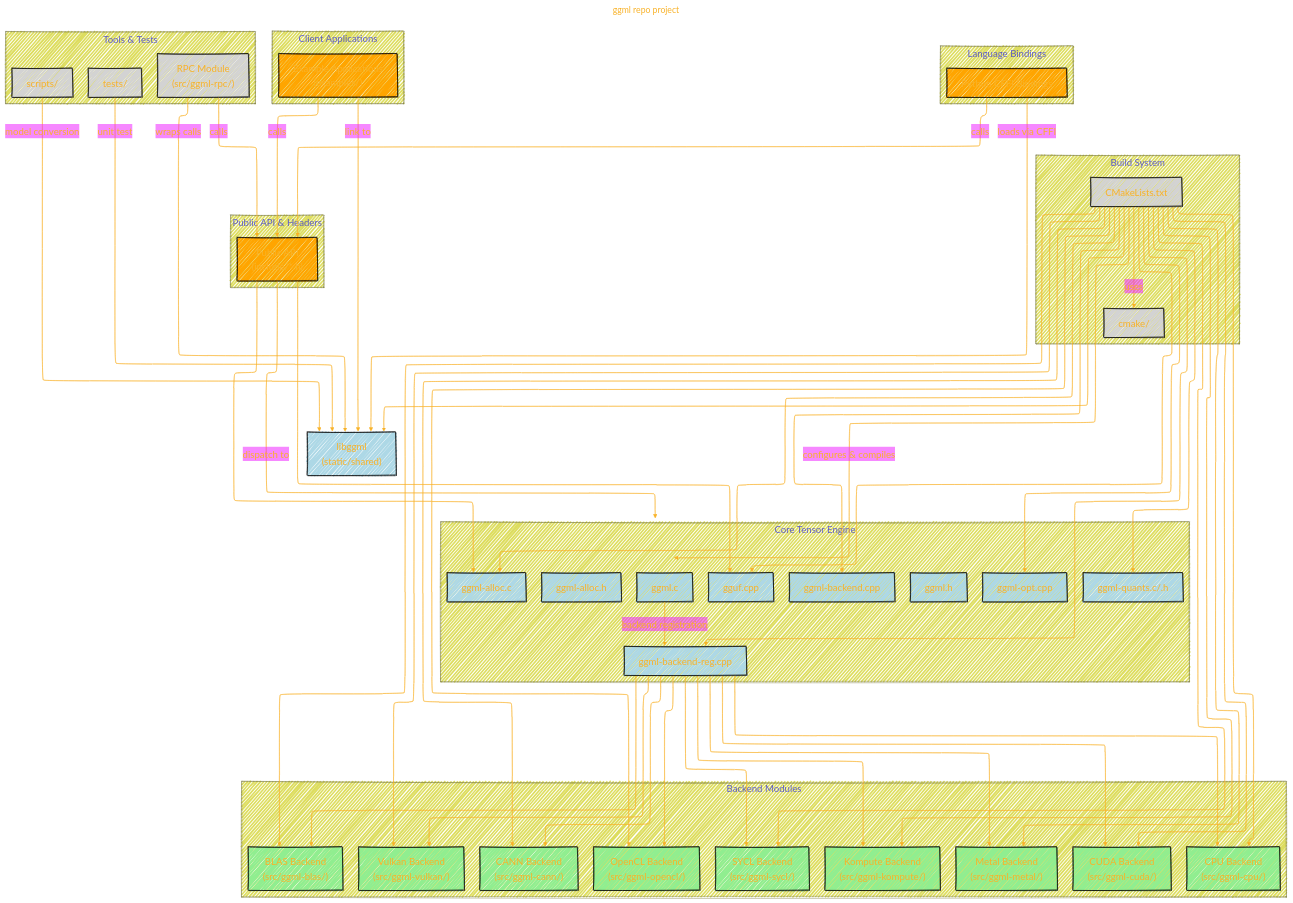
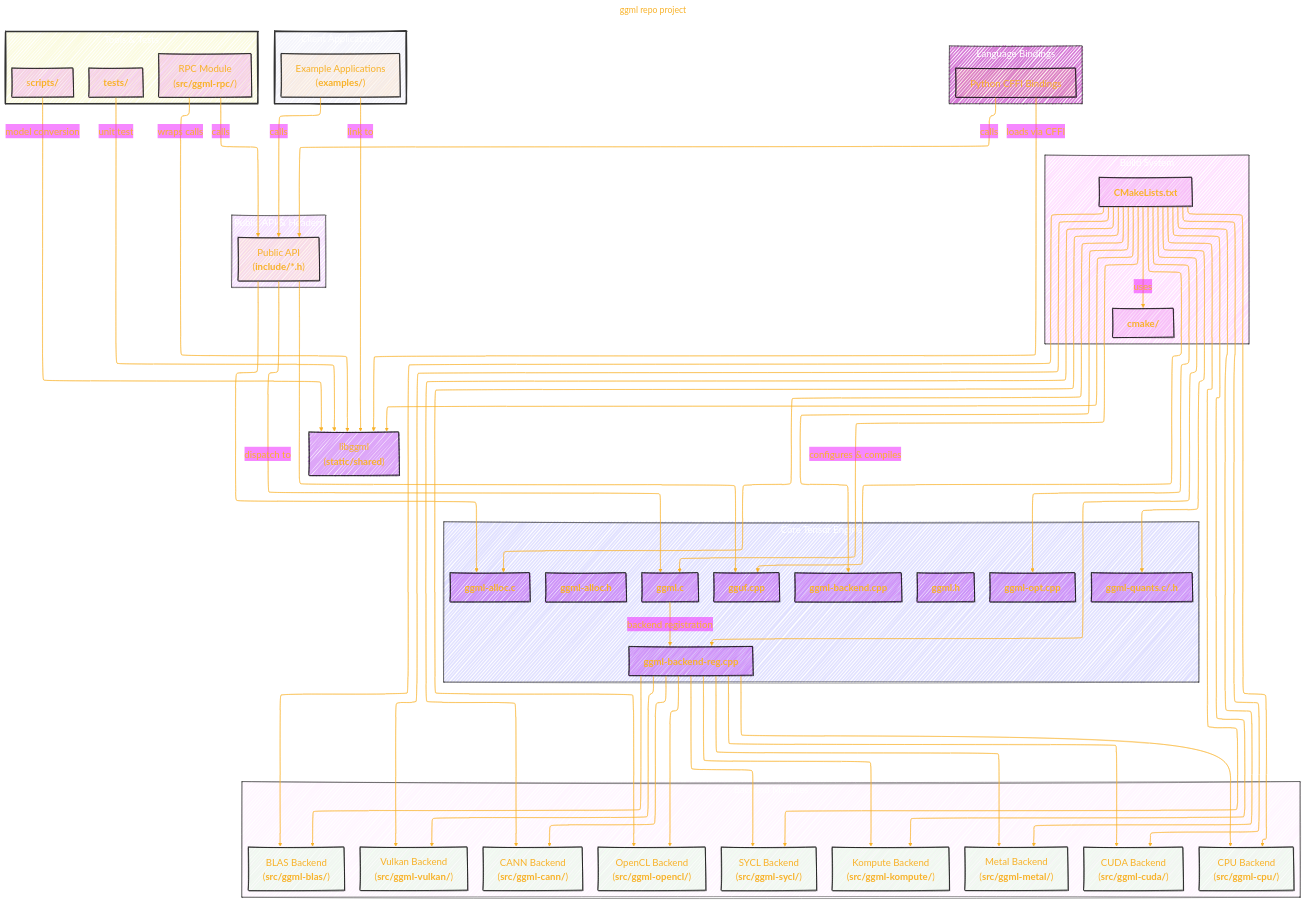
Before and after one commit to CongLeSolutionX/Synthetic-Zooniverse: the first of 2 diagrams in GGML_ORG/GitHub_repo_projects/ggml.md, drawn with Mermaid.

Commit message:
update notes

```diff
--- a/GGML_ORG/GitHub_repo_projects/ggml.md
+++ b/GGML_ORG/GitHub_repo_projects/ggml.md
@@ -76,62 +76,69 @@
 }%%
 flowchart TD
     %% Build-time flow
-    subgraph "Build System"
-        direction TB
-        CMakeLists["CMakeLists.txt"]:::tool
-        CMakeDir["cmake/"]:::tool
+    subgraph Build_System["Build System"]
+    style Build_System fill:#F2F2,stroke:#333,stroke-width:1px, color: #FFFF
+    direction TB
+      CMakeLists["<b>CMakeLists.txt</b>"]:::tool
+      CMakeDir["<b>cmake/</b>"]:::tool
     end
 
-    subgraph "Core Tensor Engine"
-        direction TB
-        GGML_C["ggml.c"]:::core
-        GGML_ALLOC["ggml-alloc.c"]:::core
-        GGML_BACKEND_CPP["ggml-backend.cpp"]:::core
-        GGML_REG["ggml-backend-reg.cpp"]:::core
-        GGML_OPT["ggml-opt.cpp"]:::core
-        GGML_QUANTS["ggml-quants.c/.h"]:::core
-        GGUF["gguf.cpp"]:::core
-        HDR_GGML["ggml.h"]:::core
-        HDR_ALLOC["ggml-alloc.h"]:::core
+    subgraph Core_Tensor_Engine["Core Tensor Engine"]
+    style Core_Tensor_Engine fill:#22F2,stroke:#333,stroke-width:1px, color: #FFFF
+    direction TB
+      GGML_C["<b>ggml.c</b>"]:::core
+      GGML_ALLOC["<b>ggml-alloc.c</b>"]:::core
+      GGML_BACKEND_CPP["<b>ggml-backend.cpp</b>"]:::core
+      GGML_REG["<b>ggml-backend-reg.cpp</b>"]:::core
+      GGML_OPT["<b>ggml-opt.cpp</b>"]:::core
+      GGML_QUANTS["<b>ggml-quants.c/.h</b>"]:::core
+      GGUF["<b>gguf.cpp</b>"]:::core
+      HDR_GGML["<b>ggml.h</b>"]:::core
+      HDR_ALLOC["<b>ggml-alloc.h</b>"]:::core
     end
 
-    subgraph "Backend Modules"
-        direction TB
-        CPU["CPU Backend<br/>(src/ggml-cpu/)"]:::backend
-        BLAS["BLAS Backend<br/>(src/ggml-blas/)"]:::backend
-        CUDA["CUDA Backend<br/>(src/ggml-cuda/)"]:::backend
-        METAL["Metal Backend<br/>(src/ggml-metal/)"]:::backend
-        VULKAN["Vulkan Backend<br/>(src/ggml-vulkan/)"]:::backend
-        OPENCL["OpenCL Backend<br/>(src/ggml-opencl/)"]:::backend
-        SYCL["SYCL Backend<br/>(src/ggml-sycl/)"]:::backend
-        CANN["CANN Backend<br/>(src/ggml-cann/)"]:::backend
-        KOMPUTE["Kompute Backend<br/>(src/ggml-kompute/)"]:::backend
+    subgraph Backend_Modules["Backend Modules"]
+    style Backend_Modules fill:#FBF2,stroke:#333,stroke-width:1px, color: #FFFF
+    direction TB
+      CPU["CPU Backend<br/>(<b>src/ggml-cpu/</b>)"]:::backend
+      BLAS["BLAS Backend<br/>(<b>src/ggml-blas/</b>)"]:::backend
+      CUDA["CUDA Backend<br/>(<b>src/ggml-cuda/</b>)"]:::backend
+      METAL["Metal Backend<br/>(<b>src/ggml-metal/</b>)"]:::backend
+      VULKAN["Vulkan Backend<br/>(<b>src/ggml-vulkan/</b>)"]:::backend
+      OPENCL["OpenCL Backend<br/>(<b>src/ggml-opencl/</b>)"]:::backend
+      SYCL["SYCL Backend<br/>(<b>src/ggml-sycl/</b>)"]:::backend
+      CANN["CANN Backend<br/>(<b>src/ggml-cann/</b>)"]:::backend
+      KOMPUTE["Kompute Backend<br/>(<b>src/ggml-kompute/</b>)"]:::backend
     end
 
-    subgraph "Public API & Headers"
-        direction TB
-        PublicAPI["Public API<br/>(include/*.h)"]:::api
+    subgraph Public_API_and_Headers["Public API & Headers"]
+    style Public_API_and_Headers fill:#B2F2,stroke:#333,stroke-width:1px, color: #FFFF
+    direction TB
+      PublicAPI["Public API<br/>(<b>include/*.h</b>)"]:::api
     end
 
-    subgraph "Language Bindings"
-        direction TB
-        PythonBindings["Python CFFI Bindings"]:::api
+    subgraph Language_Bindings["Language Bindings"]
+    style Language_Bindings fill:#B2B9,stroke:#333,stroke-width:1px, color: #FFFF
+    direction TB
+      PythonBindings["Python CFFI Bindings"]:::api
     end
 
-    subgraph "Client Applications"
-        direction TB
-        Examples["Example Applications<br/>(examples/)"]:::api
+    subgraph Client_Applications["Client Applications"]
+    style Client_Applications fill:#AAD2,stroke:#333,stroke-width:3px, color: #FFFF
+    direction TB
+      Examples["Example Applications<br/>(<b>examples/</b>)"]:::api
     end
 
-    subgraph "Tools & Tests"
-        direction TB
-        Scripts["scripts/"]:::tool
-        Tests["tests/"]:::tool
-        RPC["RPC Module<br/>(src/ggml-rpc/)"]:::tool
+    subgraph Tools_and_Tests["Tools & Tests"]
+    style Tools_and_Tests fill:#DD22,stroke:#333,stroke-width:3px, color: #FFFF
+    direction TB
+      Scripts["s<b>cripts/</b>"]:::tool
+      Tests["<b>tests/</b>"]:::tool
+      RPC["RPC Module<br/>(<b>src/ggml-rpc/</b>)"]:::tool
     end
 
     %% Artifacts
-    LIB["libggml<br/>(static/shared)"]:::core
+    LIB["libggml<br/>(<b>static/shared</b>)"]:::core
 
     %% Build relationships
     CMakeLists -->|configures & compiles| GGML_C
@@ -180,10 +187,10 @@
     GGML_REG --> KOMPUTE
 
     %% Styles
-    classDef core fill:#ADD8E6,stroke:#000
-    classDef backend fill:#90EE90,stroke:#000
-    classDef api fill:#FFA500,stroke:#000
-    classDef tool fill:#D3D3D3,stroke:#000
+    classDef core fill:#A2E6,stroke:#000
+    classDef backend fill:#9E92,stroke:#000
+    classDef api fill:#FA52,stroke:#000
+    classDef tool fill:#D3D3,stroke:#000
 
     %% Click Events
     click CMakeLists "https://github.com/ggml-org/ggml/blob/master/CMakeLists.txt"
```
